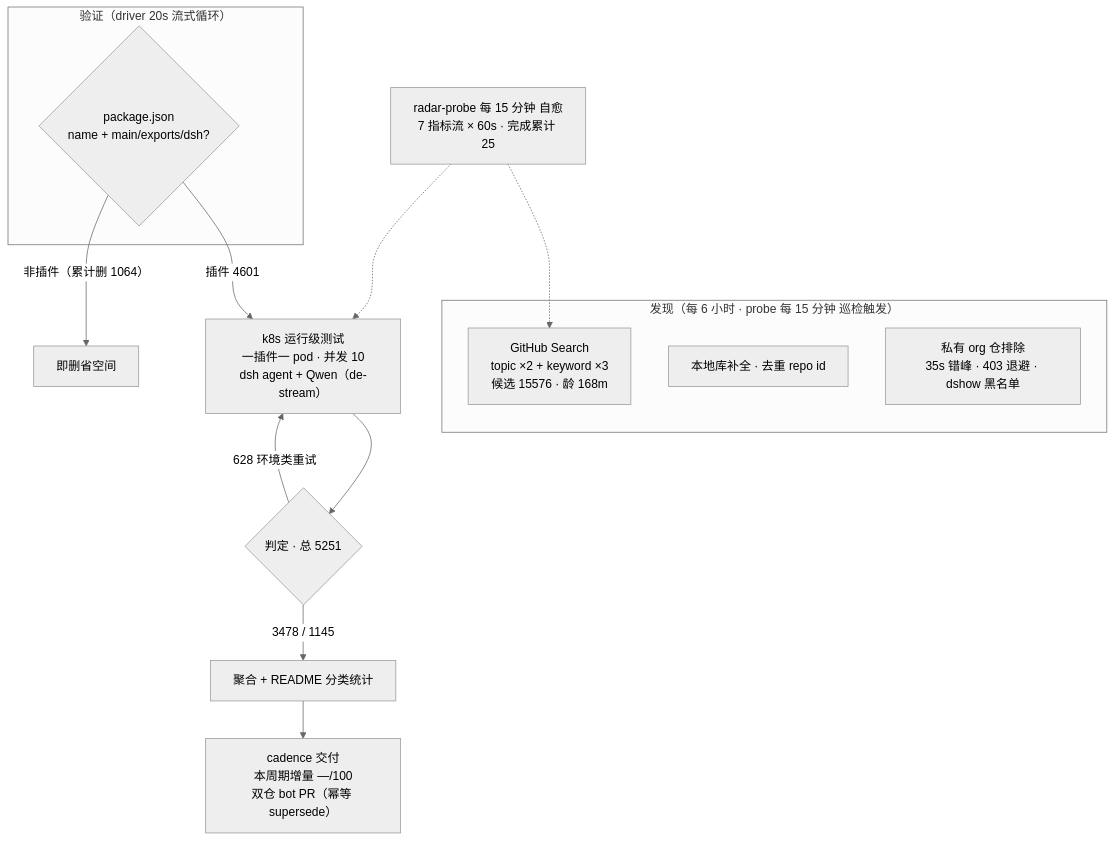
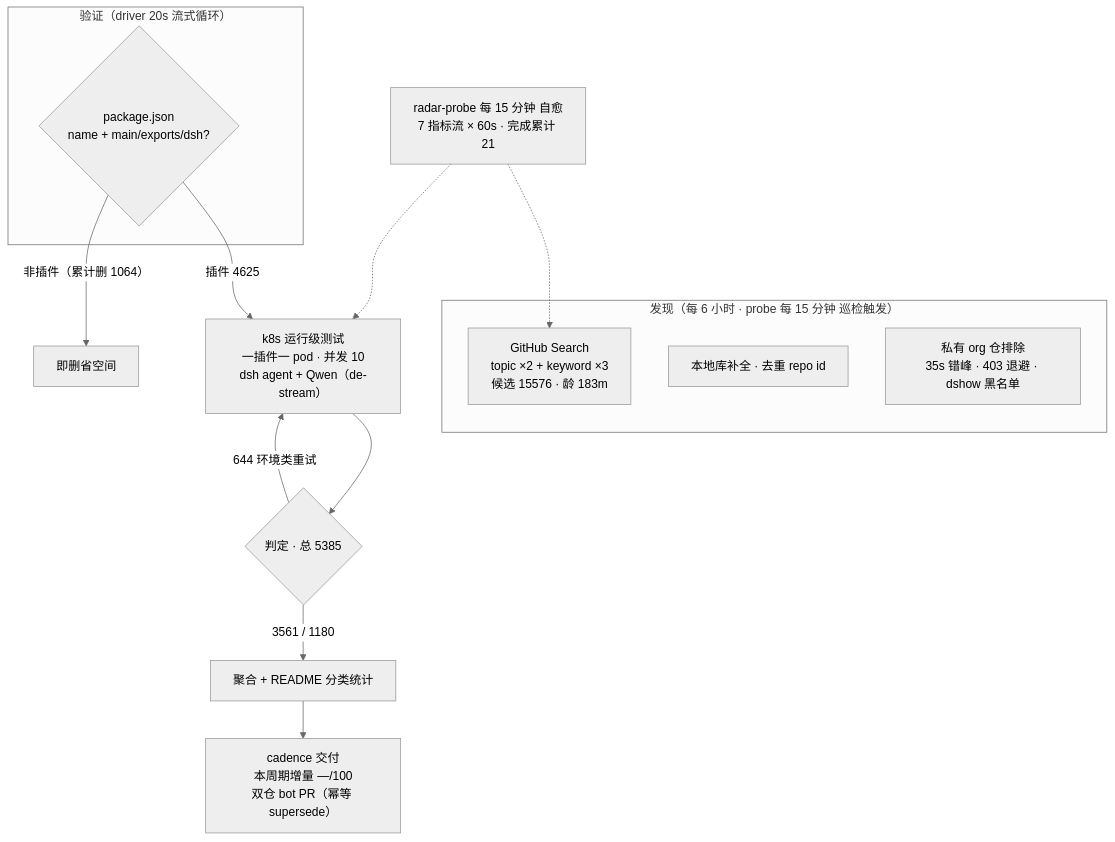
Before and after one commit to Zhidao-Lab-OSS/awesome-dsh-plugins: the diagram in README.md, drawn with Mermaid (neutral theme). The commit also changed other lines of this file and 1 other file, not shown here.

````diff
--- a/README.md
+++ b/README.md
@@ -37,20 +37,20 @@
 ```mermaid
 flowchart TB
     subgraph Discovery["发现（每 6 小时 · probe 每 15 分钟 巡检触发）"]
-        A1["GitHub Search<br/>topic ×2 + keyword ×3<br/>候选 15576 · 龄 168m"]
+        A1["GitHub Search<br/>topic ×2 + keyword ×3<br/>候选 15576 · 龄 183m"]
         A2["本地库补全 · 去重 repo id"]
         A3["私有 org 仓排除<br/>35s 错峰 · 403 退避 · dshow 黑名单"]
     end
     subgraph Validation["验证（driver 20s 流式循环）"]
         B1{"package.json<br/>name + main/exports/dsh?"}
     end
-    B1 -->|"插件 4601"| C1["k8s 运行级测试<br/>一插件一 pod · 并发 10<br/>dsh agent + Qwen（de-stream）"]
+    B1 -->|"插件 4625"| C1["k8s 运行级测试<br/>一插件一 pod · 并发 10<br/>dsh agent + Qwen（de-stream）"]
     B1 -->|"非插件（累计删 1064）"| B3["即删省空间"]
-    C1 --> D1{"判定 · 总 5251"}
-    D1 -->|"3478 / 1145"| E1["聚合 + README 分类统计"]
-    D1 -->|"628 环境类重试"| C1
+    C1 --> D1{"判定 · 总 5385"}
+    D1 -->|"3561 / 1180"| E1["聚合 + README 分类统计"]
+    D1 -->|"644 环境类重试"| C1
     E1 --> E2["cadence 交付<br/>本周期增量 —/100<br/>双仓 bot PR（幂等 supersede）"]
-    M["radar-probe 每 15 分钟 自愈<br/>7 指标流 × 60s · 完成累计 25"]
+    M["radar-probe 每 15 分钟 自愈<br/>7 指标流 × 60s · 完成累计 21"]
     M -.-> A1
     M -.-> C1
 ```
````
